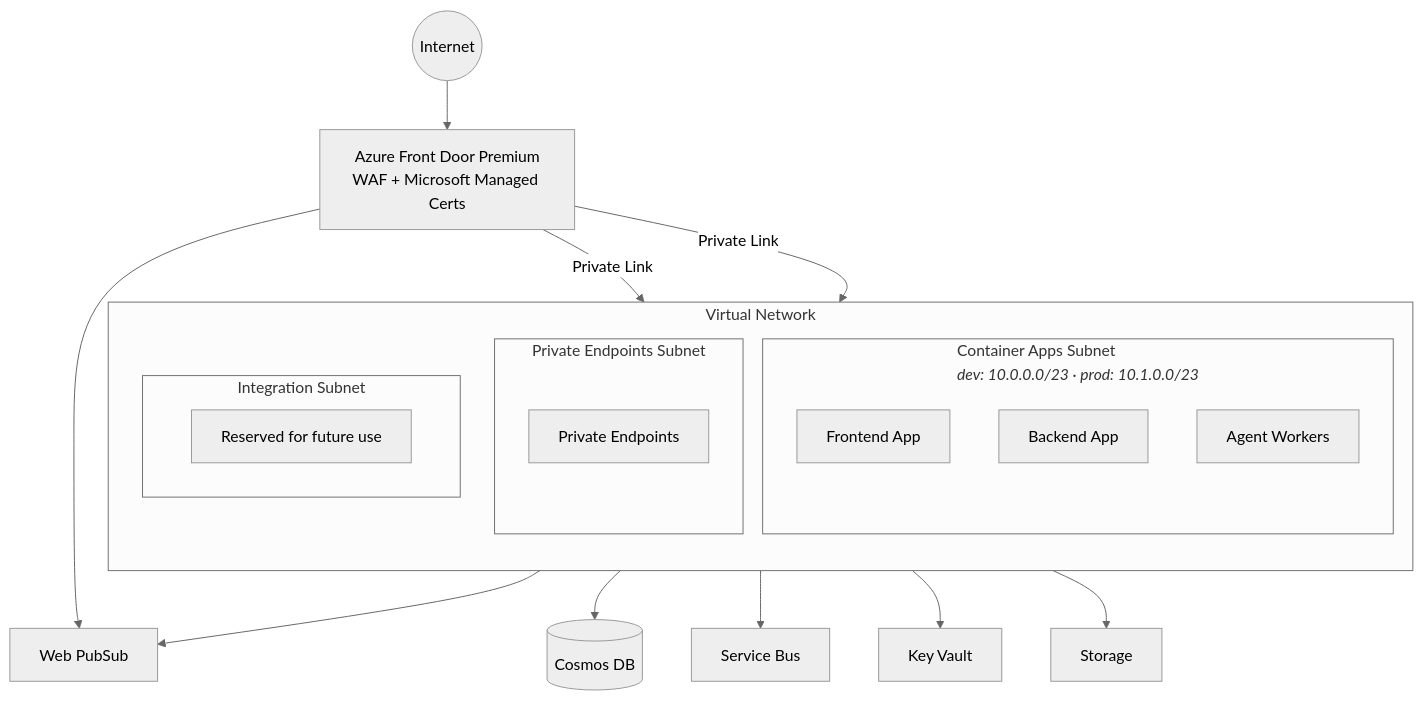
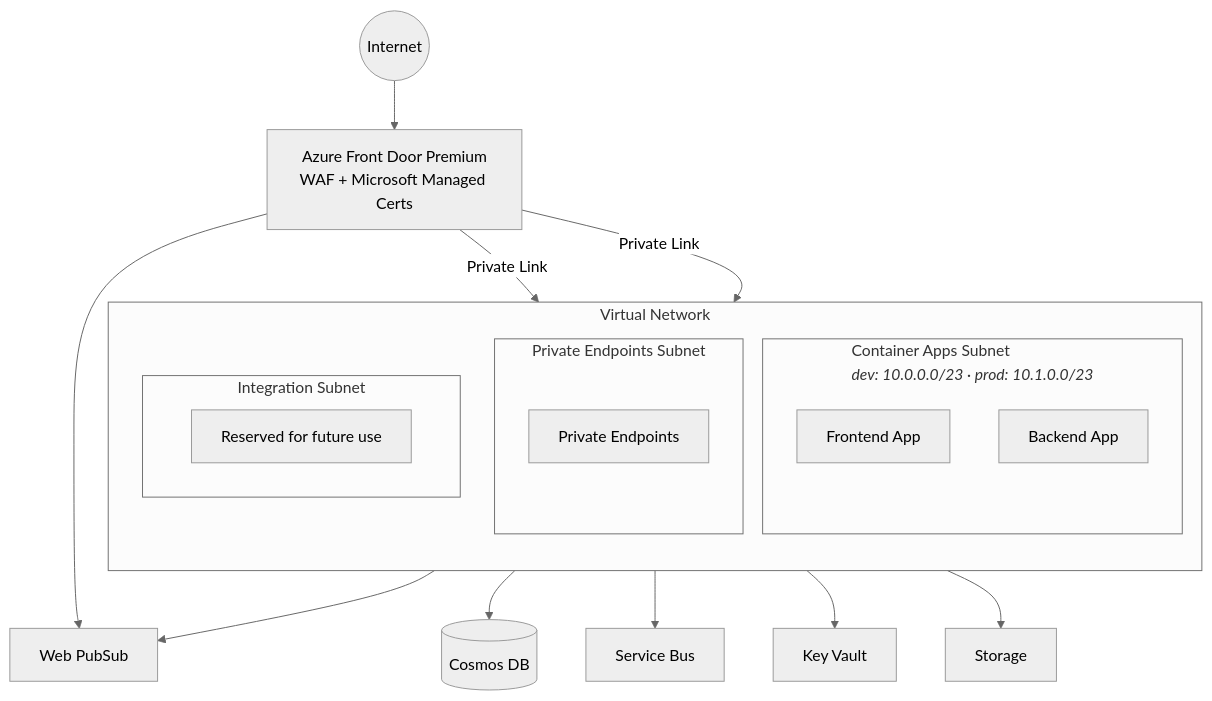
Before and after one commit to christopherhouse/Azure-Integration-Copilot: the first of 2 diagrams in README.md, drawn with Mermaid (neutral theme). The commit also changed other lines of this file and 4 other files, not shown here.

````diff
--- a/README.md
+++ b/README.md
@@ -157,28 +156,27 @@
 ```mermaid
 graph TB
     subgraph VNet ["Virtual Network"]
         direction TB
         subgraph CAE ["Container Apps Subnet<br/><i>dev: 10.0.0.0/23 · prod: 10.1.0.0/23</i>"]
             FE[Frontend App]
             BE[Backend App]
-            AW[Agent Workers]
         end
         subgraph PES ["Private Endpoints Subnet"]
             PE[Private Endpoints]
         end
         subgraph INT ["Integration Subnet"]
             RS[Reserved for future use]
         end
     end
 
     AFD[Azure Front Door Premium<br/>WAF + Microsoft Managed Certs]
     Internet((Internet)) --> AFD
     AFD -- "Private Link" --> FE
     AFD -- "Private Link" --> BE
     AFD --> WPS[Web PubSub]
     PE --> CosmosDB[(Cosmos DB)]
     PE --> SB[Service Bus]
     PE --> KV[Key Vault]
     PE --> SA[Storage]
     PE --> WPS
 ```
````
